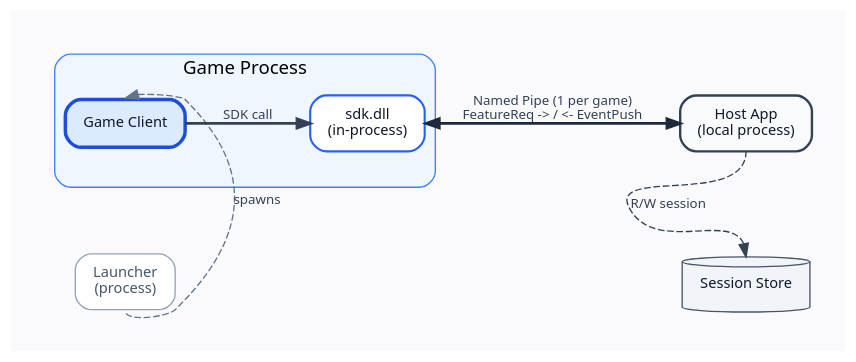
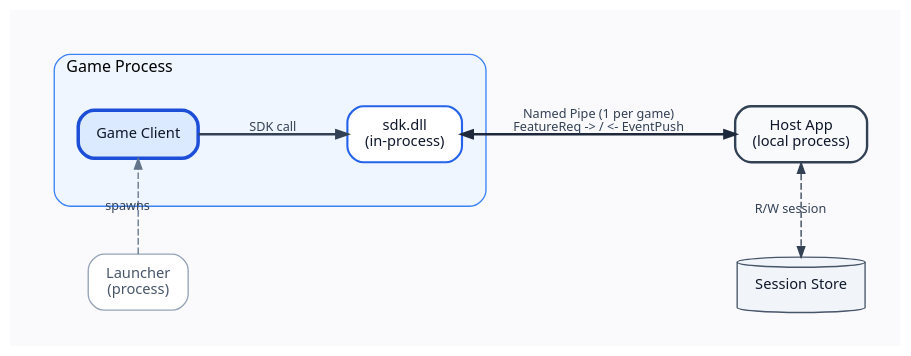
One commit to mrbeardad/skills changed the first of 2 diagrams in skills/explain-architecture/SKILL.md. Above: the diagram before and after it, drawn with Graphviz. The commit also changed other lines of this file, not shown here.

````diff
--- a/skills/explain-architecture/SKILL.md
+++ b/skills/explain-architecture/SKILL.md
@@ -89,23 +91,24 @@
 ```dot
 digraph arch {
-    rankdir=LR; splines=true; nodesep=0.55; ranksep=0.80; pad=0.35; bgcolor="#FAFAFC";
+    rankdir=LR; splines=true; nodesep=0.50; ranksep=1.00; pad=0.35; bgcolor="#FAFAFC";
     fontname="Segoe UI, -apple-system, PingFang SC, Microsoft YaHei, sans-serif";
     node [fontname="Segoe UI, -apple-system, PingFang SC, Microsoft YaHei, sans-serif", fontsize=11, shape=box, style="rounded,filled", fillcolor="#FFFFFF", color="#64748B", fontcolor="#0F172A", margin="0.18,0.12"];
-    edge [fontname="Segoe UI, -apple-system, PingFang SC, Microsoft YaHei, sans-serif", fontsize=10, color="#334155", fontcolor="#334155"];
+    edge [fontname="Segoe UI, -apple-system, PingFang SC, Microsoft YaHei, sans-serif", fontsize=9.5, color="#334155", fontcolor="#334155", arrowsize=0.8];
 
     Launcher [label="Launcher\n(process)", color="#94A3B8", fontcolor="#475569"];
     subgraph cluster_game {
-        label="Game Process"; style="rounded,filled"; color="#3B82F6"; fillcolor="#EFF6FF";
+        label="Game Process"; labeljust="l"; labelloc="t"; fontsize=12; margin=18;
+        style="rounded,filled"; color="#3B82F6"; fillcolor="#EFF6FF";
         Game   [label="Game Client", group="main", penwidth=2.6, color="#1D4ED8", fillcolor="#DBEAFE"];
         SdkDll [label="sdk.dll\n(in-process)", group="main", penwidth=1.6, color="#2563EB"];
-        Game:e -> SdkDll:w [label="SDK call", weight=10, penwidth=2.0];
+        Game -> SdkDll [label=" SDK call ", weight=10, penwidth=2.0];
     }
     Host  [label="Host App\n(local process)", group="main", penwidth=1.8, color="#334155", fillcolor="#F8FAFC"];
     Cache [label="Session Store", shape=cylinder, fillcolor="#F1F5F9", color="#475569"];
 
-    Launcher:s -> Game:n [label="spawns", style=dashed, color="#64748B", constraint=false];
-    SdkDll:e -> Host:w [dir=both, label="Named Pipe (1 per game)\nFeatureReq -> / <- EventPush", weight=10, penwidth=2.0, color="#1E293B"];
+    Launcher -> Game [label=" spawns ", style=dashed, color="#64748B", constraint=false];
+    SdkDll -> Host [dir=both, label=" Named Pipe (1 per game) \n FeatureReq -> / <- EventPush ", weight=10, penwidth=2.0, color="#1E293B"];
     { rank=same; Host; Cache }
-    Host:s -> Cache:n [label="R/W session", style=dashed];
+    Host -> Cache [dir=both, label=" R/W session ", style=dashed];
 }
 ```
````
